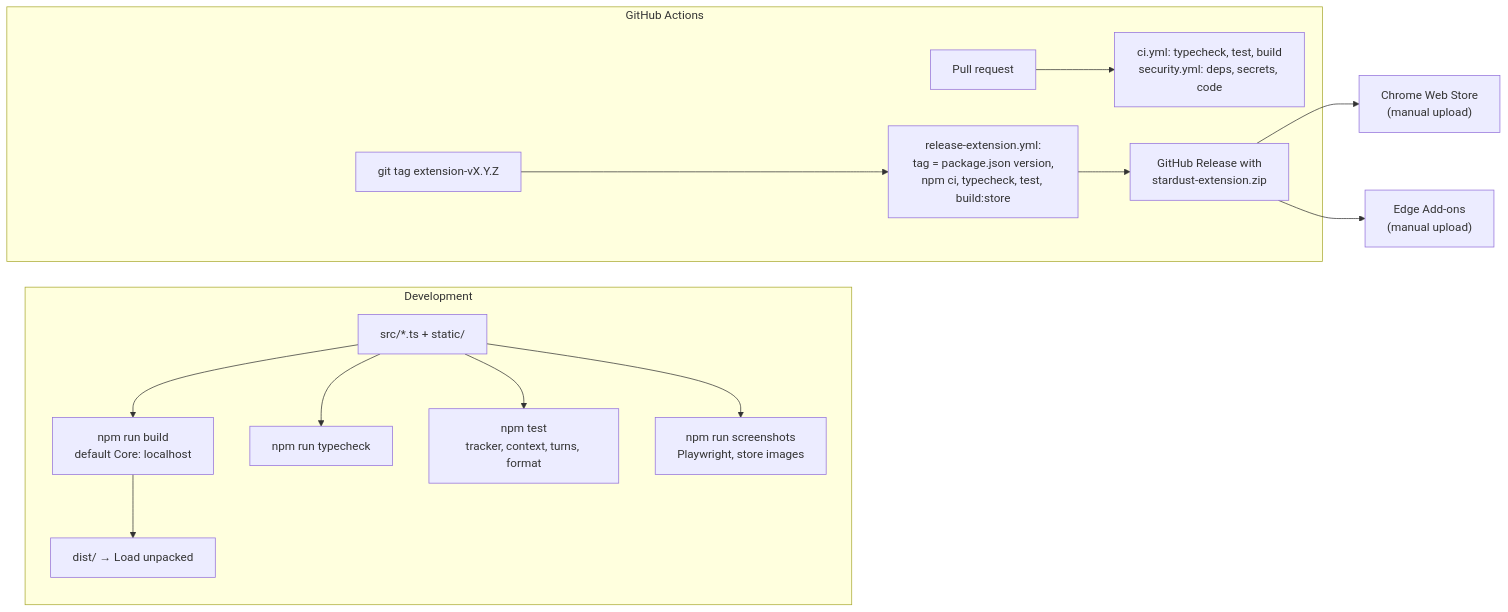
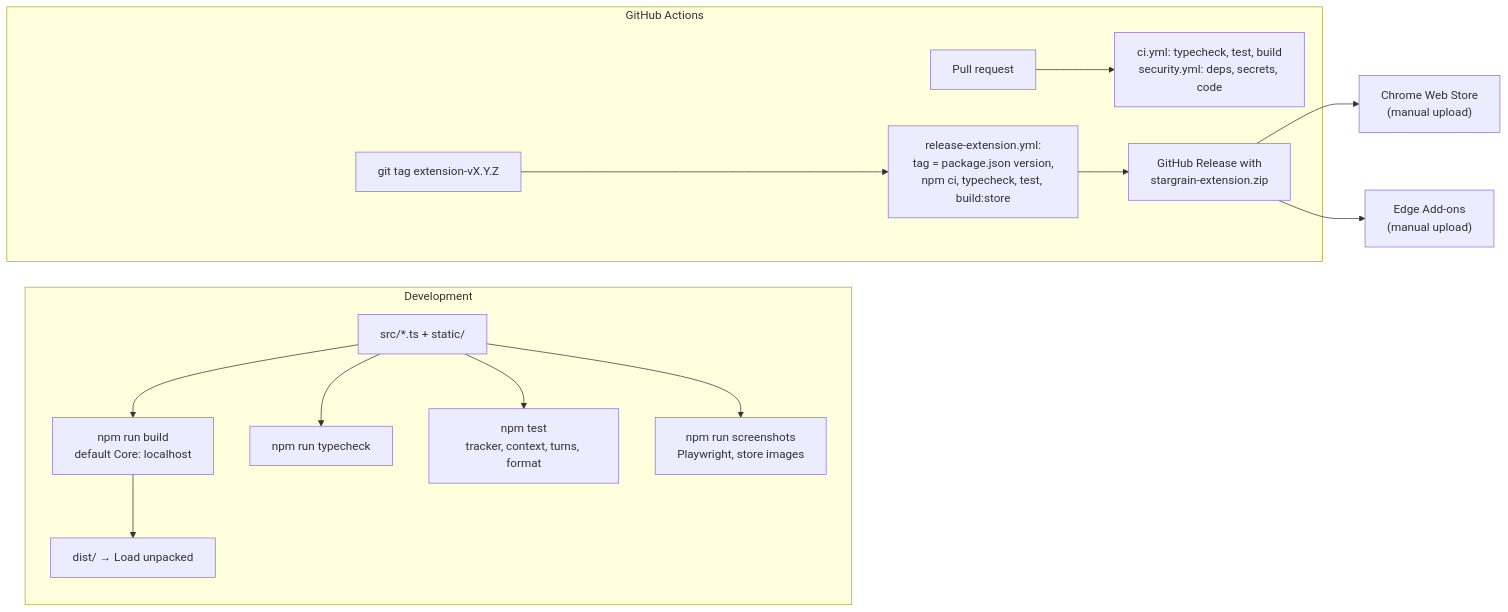
Before and after one commit to AIforEcology/stardust: diagram 11 of 11 in docs/architecture/browser-extension.md, drawn with Mermaid. The commit also changed other lines of this file and 12 other files, not shown here.

First line of the commit message:
Browser extension 0.1.5: Take action (coming soon), Omnigauge Suite, stargrain-extension.zip

````diff
--- a/docs/architecture/browser-extension.md
+++ b/docs/architecture/browser-extension.md
@@ -418,17 +418,17 @@
 ```mermaid
 flowchart LR
   subgraph Dev["Development"]
     TS["src/*.ts + static/"] --> B1["npm run build<br/>default Core: localhost"]
     B1 --> D1["dist/ → Load unpacked"]
     TS --> TC["npm run typecheck"]
     TS --> UT["npm test<br/>tracker, context, turns, format"]
     TS --> SC["npm run screenshots<br/>Playwright, store images"]
   end
   subgraph CI["GitHub Actions"]
     PR["Pull request"] --> CIJ["ci.yml: typecheck, test, build<br/>security.yml: deps, secrets, code"]
     TAG["git tag extension-vX.Y.Z"] --> REL["release-extension.yml:<br/>tag = package.json version,<br/>npm ci, typecheck, test, build:store"]
-    REL --> ZIP["GitHub Release with<br/>stardust-extension.zip"]
+    REL --> ZIP["GitHub Release with<br/>stargrain-extension.zip"]
   end
   ZIP --> CWS["Chrome Web Store<br/>(manual upload)"]
   ZIP --> EDGE["Edge Add-ons<br/>(manual upload)"]
 ```
````
